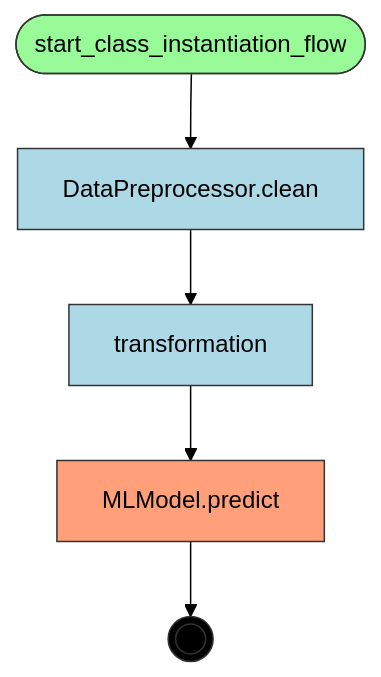
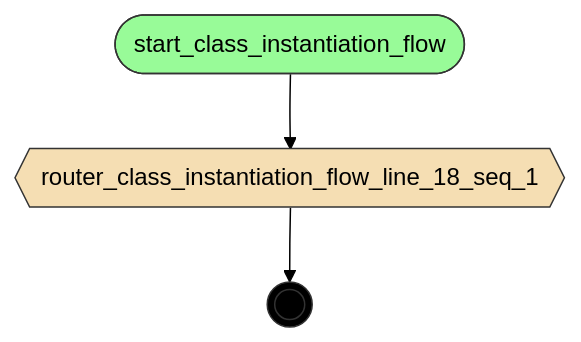
Before and after one commit to deliveryhero/asya: the diagram in examples/flows/compiled/sequential_with_class/flow.mmd, drawn with Mermaid (forest theme). The commit also changed 210 other files, not shown here.

First line of the commit message:
feat: add .asya/ config for example flows, update flow-dsl.md

```diff
--- a/examples/flows/compiled/sequential_with_class/flow.mmd
+++ b/examples/flows/compiled/sequential_with_class/flow.mmd
@@ -1,23 +1,18 @@
 flowchart TD
     %% Flow: class_instantiation_flow
 
-    sequential_with_class_DataPreprocessor_clean[DataPreprocessor.clean]
-    sequential_with_class_MLModel_predict[MLModel.predict]
+    router_class_instantiation_flow_line_18_seq_1{{router_class_instantiation_flow_line_18_seq_1}}
     start_class_instantiation_flow([start_class_instantiation_flow])
-    transformation[transformation]
     __end__((( )))
 
-    start_class_instantiation_flow --> sequential_with_class_DataPreprocessor_clean
-    sequential_with_class_DataPreprocessor_clean --> transformation
-    transformation --> sequential_with_class_MLModel_predict
-    sequential_with_class_MLModel_predict --> __end__
+    start_class_instantiation_flow --> router_class_instantiation_flow_line_18_seq_1
+    router_class_instantiation_flow_line_18_seq_1 --> __end__
 
     classDef start fill:#98FB98,stroke:#333
     classDef endnode fill:#FFA07A,stroke:#333
     classDef router fill:#F5DEB3,stroke:#333
     classDef handler fill:#ADD8E6,stroke:#333
     classDef endpoint fill:#000,stroke:#333,color:#fff
     class start_class_instantiation_flow start
-    class sequential_with_class_MLModel_predict endnode
-    class sequential_with_class_DataPreprocessor_clean,transformation handler
+    class router_class_instantiation_flow_line_18_seq_1 router
     class __end__ endpoint
```
